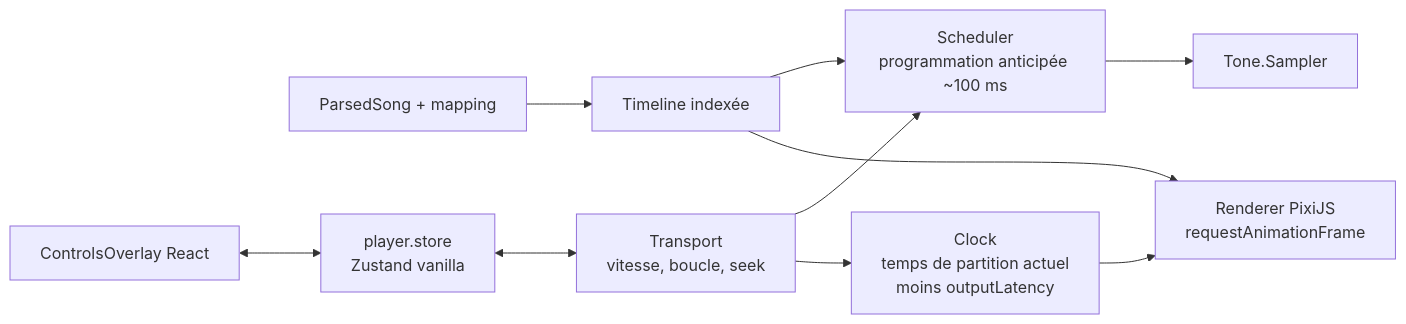
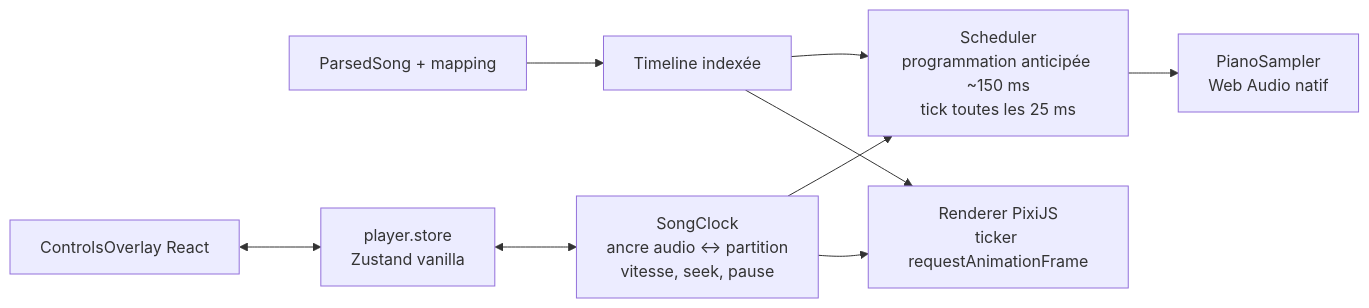
The diagram in docs/03-architecture/04-lecteur.md (Pierre-gaillard-dev/open-keys), drawn with Mermaid before and after one commit. The commit also changed other lines of this file and 6 other files, not shown here.

````diff
--- a/docs/03-architecture/04-lecteur.md
+++ b/docs/03-architecture/04-lecteur.md
@@ -7,12 +8,11 @@
 ```mermaid
 flowchart LR
   MIDI[ParsedSong + mapping] --> TL[Timeline indexée]
-  TL --> SCH[Scheduler<br/>programmation anticipée ~100 ms]
-  SCH --> SMP[Tone.Sampler]
-  TR[Transport<br/>vitesse, boucle, seek] --> SCH
-  TR --> CLK[Clock<br/>temps de partition actuel<br/>moins outputLatency]
-  CLK --> RND[Renderer PixiJS<br/>requestAnimationFrame]
+  TL --> SCH[Scheduler<br/>programmation anticipée ~150 ms<br/>tick toutes les 25 ms]
+  SCH --> SMP[PianoSampler<br/>Web Audio natif]
+  CLK[SongClock<br/>ancre audio ↔ partition<br/>vitesse, seek, pause] --> SCH
+  CLK --> RND[Renderer PixiJS<br/>ticker requestAnimationFrame]
   TL --> RND
-  ST[player.store<br/>Zustand vanilla] <--> TR
+  ST[player.store<br/>Zustand vanilla] <--> CLK
   UI[ControlsOverlay React] <--> ST
 ```
````
